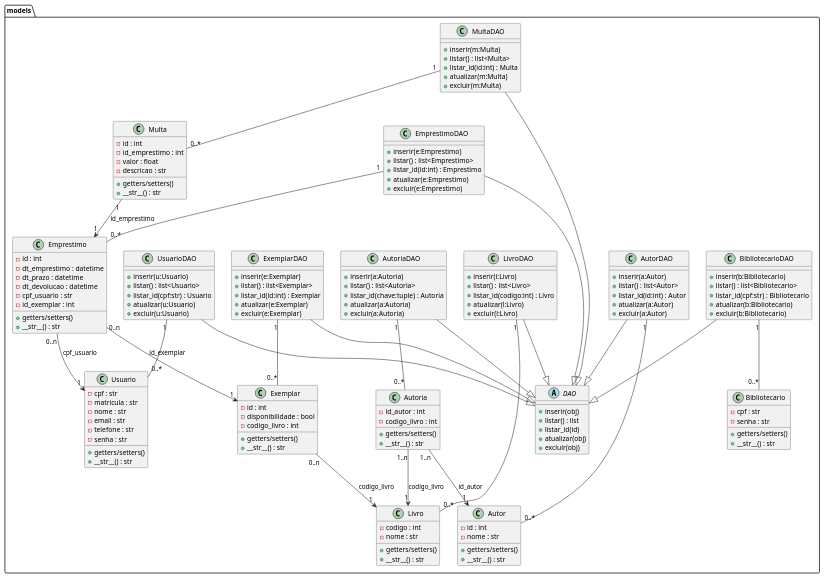
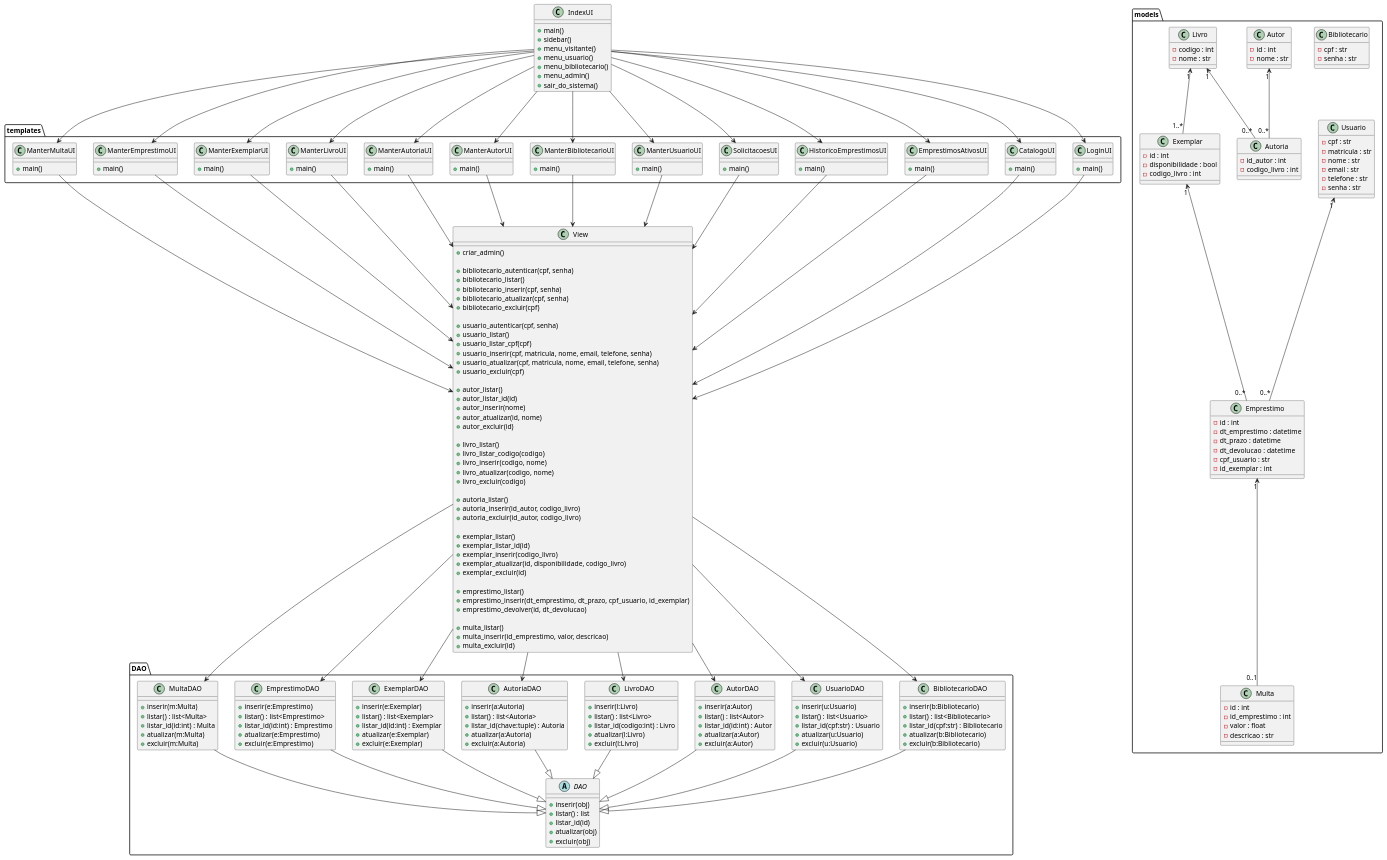
The diagram in docs/diagrama-de-classes/classes_editavel.puml (ViniciusC-Moura/bibliotechv2), drawn with PlantUML before and after one commit. The commit also changed 26 other files, not shown here.

Commit message:
diagramas com. 1-7, d. de classes atualizado, d. de cdu atualizado, fix combobox CRUD

```diff
--- a/docs/diagrama-de-classes/classes_editavel.puml
+++ b/docs/diagrama-de-classes/classes_editavel.puml
@@ -1,12 +1,145 @@
 @startuml
 
+
+package "templates" {
+  class LoginUI {
+  + main() 
+  }
+  class CatalogoUI {
+  + main()
+  }
+  class EmprestimosAtivosUI {
+  + main()
+  }
+  class HistoricoEmprestimosUI {
+  + main()
+  }
+  class SolicitacoesUI {
+  + main()
+  }
+  class ManterUsuarioUI {
+  + main()
+  }
+  class ManterBibliotecarioUI {
+  + main()
+  }
+  class ManterAutorUI {
+  + main()
+  }
+  class ManterAutoriaUI {
+  + main()
+  }
+  class ManterLivroUI {
+  + main()
+  }
+  class ManterExemplarUI {
+  + main()
+  }
+  class ManterEmprestimoUI {
+  + main()
+  }
+  class ManterMultaUI {
+  + main()
+  }
+}
+
+class IndexUI {
+  + main()
+  + sidebar()
+  + menu_visitante()
+  + menu_usuario()
+  + menu_bibliotecario()
+  + menu_admin()
+  + sair_do_sistema()
+}
+
+IndexUI --> LoginUI
+IndexUI --> CatalogoUI
+IndexUI --> EmprestimosAtivosUI
+IndexUI --> HistoricoEmprestimosUI
+IndexUI --> SolicitacoesUI
+IndexUI --> ManterUsuarioUI
+IndexUI --> ManterBibliotecarioUI
+IndexUI --> ManterAutorUI
+IndexUI --> ManterAutoriaUI
+IndexUI --> ManterLivroUI
+IndexUI --> ManterExemplarUI
+IndexUI --> ManterEmprestimoUI
+IndexUI --> ManterMultaUI
+
+' =========================
+' VIEW
+' =========================
+class View {
+
+  +criar_admin()
+
+  +bibliotecario_autenticar(cpf, senha)
+  +bibliotecario_listar()
+  +bibliotecario_inserir(cpf, senha)
+  +bibliotecario_atualizar(cpf, senha)
+  +bibliotecario_excluir(cpf)
+
+  +usuario_autenticar(cpf, senha)
+  +usuario_listar()
+  +usuario_listar_cpf(cpf)
+  +usuario_inserir(cpf, matricula, nome, email, telefone, senha)
+  +usuario_atualizar(cpf, matricula, nome, email, telefone, senha)
+  +usuario_excluir(cpf)
+
+  +autor_listar()
+  +autor_listar_id(id)
+  +autor_inserir(nome)
+  +autor_atualizar(id, nome)
+  +autor_excluir(id)
+
+  +livro_listar()
+  +livro_listar_codigo(codigo)
+  +livro_inserir(codigo, nome)
+  +livro_atualizar(codigo, nome)
+  +livro_excluir(codigo)
+
+  +autoria_listar()
+  +autoria_inserir(id_autor, codigo_livro)
+  +autoria_excluir(id_autor, codigo_livro)
+
+  +exemplar_listar()
+  +exemplar_listar_id(id)
+  +exemplar_inserir(codigo_livro)
+  +exemplar_atualizar(id, disponibilidade, codigo_livro)
+  +exemplar_excluir(id)
+
+  +emprestimo_listar()
+  +emprestimo_inserir(dt_emprestimo, dt_prazo, cpf_usuario, id_exemplar)
+  +emprestimo_devolver(id, dt_devolucao)
+
+  +multa_listar()
+  +multa_inserir(id_emprestimo, valor, descricao)
+  +multa_excluir(id)
+}
+
+LoginUI --> View
+CatalogoUI --> View
+EmprestimosAtivosUI --> View
+HistoricoEmprestimosUI --> View
+SolicitacoesUI --> View
+ManterUsuarioUI --> View
+ManterBibliotecarioUI --> View
+ManterAutorUI --> View
+ManterAutoriaUI --> View
+ManterLivroUI --> View
+ManterExemplarUI --> View
+ManterEmprestimoUI --> View
+ManterMultaUI --> View
+
+' =========================
+' MODELS
+' =========================
 package "models" {
 
   class Bibliotecario {
     - cpf : str
     - senha : str
-    + getters/setters()
-    + __str__() : str
   }
 
   class Usuario {
@@ -16,37 +149,27 @@
     - email : str
     - telefone : str
     - senha : str
-    + getters/setters()
-    + __str__() : str
   }
 
   class Autor {
     - id : int
     - nome : str
-    + getters/setters()
-    + __str__() : str
   }
 
   class Livro {
     - codigo : int
     - nome : str
-    + getters/setters()
-    + __str__() : str
   }
 
   class Autoria {
     - id_autor : int
     - codigo_livro : int
-    + getters/setters()
-    + __str__() : str
   }
 
   class Exemplar {
     - id : int
     - disponibilidade : bool
     - codigo_livro : int
-    + getters/setters()
-    + __str__() : str
   }
 
   class Emprestimo {
@@ -56,8 +179,6 @@
     - dt_devolucao : datetime
     - cpf_usuario : str
     - id_exemplar : int
-    + getters/setters()
-    + __str__() : str
   }
 
   class Multa {
@@ -65,9 +186,23 @@
     - id_emprestimo : int
     - valor : float
     - descricao : str
-    + getters/setters()
-    + __str__() : str
   }
+  
+  Usuario "1" <-- "0..*" Emprestimo
+  Exemplar "1" <-- "0..*" Emprestimo
+  Livro "1" <-- "1..*" Exemplar
+  Autor "1" <-- "0..*" Autoria
+  Livro "1" <-- "0..*" Autoria
+  Emprestimo "1" <-- "0..1" Multa
+}
+
+
+
+
+' =========================
+' DAO
+' =========================
+package "DAO" {
 
   abstract class DAO {
     + inserir(obj)
@@ -151,27 +286,14 @@
   MultaDAO --|> DAO
 }
 
-'==========================
-' RELAÇÕES ENTRE ENTIDADES
-'==========================
+View --> BibliotecarioDAO
+View --> UsuarioDAO
+View --> AutorDAO
+View --> LivroDAO
+View --> AutoriaDAO
+View --> ExemplarDAO
+View --> EmprestimoDAO
+View --> MultaDAO
 
-BibliotecarioDAO "1" -- "0..*" Bibliotecario
-UsuarioDAO "1" -- "0..*" Usuario
-AutorDAO "1" -- "0..*" Autor
-LivroDAO "1" -- "0..*" Livro
-AutoriaDAO "1" -- "0..*" Autoria
-ExemplarDAO "1" -- "0..*" Exemplar
-EmprestimoDAO "1" -- "0..*" Emprestimo
-MultaDAO "1" -- "0..*" Multa
-
-Emprestimo "0..n" --> "1" Usuario : cpf_usuario
-Emprestimo "0..n" --> "1" Exemplar : id_exemplar
-
-Exemplar "0..n" --> "1" Livro : codigo_livro
-
-Autoria "1..n" --> "1" Autor : id_autor
-Autoria "1..n" --> "1" Livro : codigo_livro
-
-Multa "1" --> "1" Emprestimo : id_emprestimo
 
 @enduml
```
